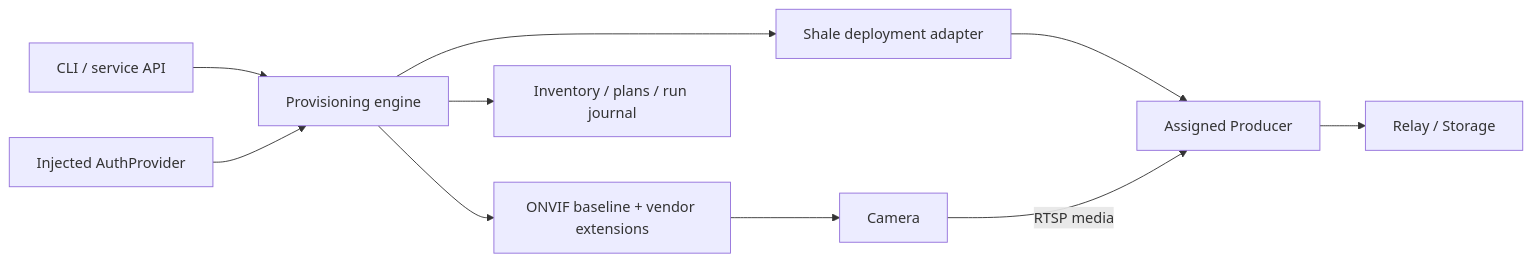
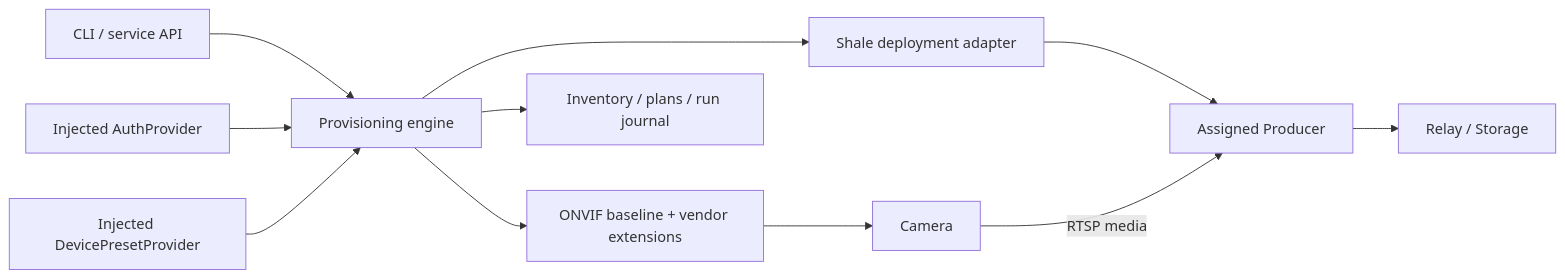
One commit to lesomnus/shale changed the diagram in docs/camera-provisioning.md. Above: the diagram before and after it, drawn with Mermaid. The commit also changed other lines of this file and 5 other files, not shown here.

````diff
--- a/docs/camera-provisioning.md
+++ b/docs/camera-provisioning.md
@@ -19,12 +19,13 @@
 ```mermaid
 flowchart LR
     Caller[CLI / service API] --> Engine[Provisioning engine]
     Auth[Injected AuthProvider] --> Engine
+    Presets[Injected DevicePresetProvider] --> Engine
     Engine --> Drivers[ONVIF baseline + vendor extensions]
     Drivers --> Camera[Camera]
     Engine --> Publisher[Shale deployment adapter]
     Publisher --> Producer[Assigned Producer]
     Camera -->|RTSP media| Producer
     Producer --> Media[Relay / Storage]
     Engine --> State[Inventory / plans / run journal]
 ```
````
